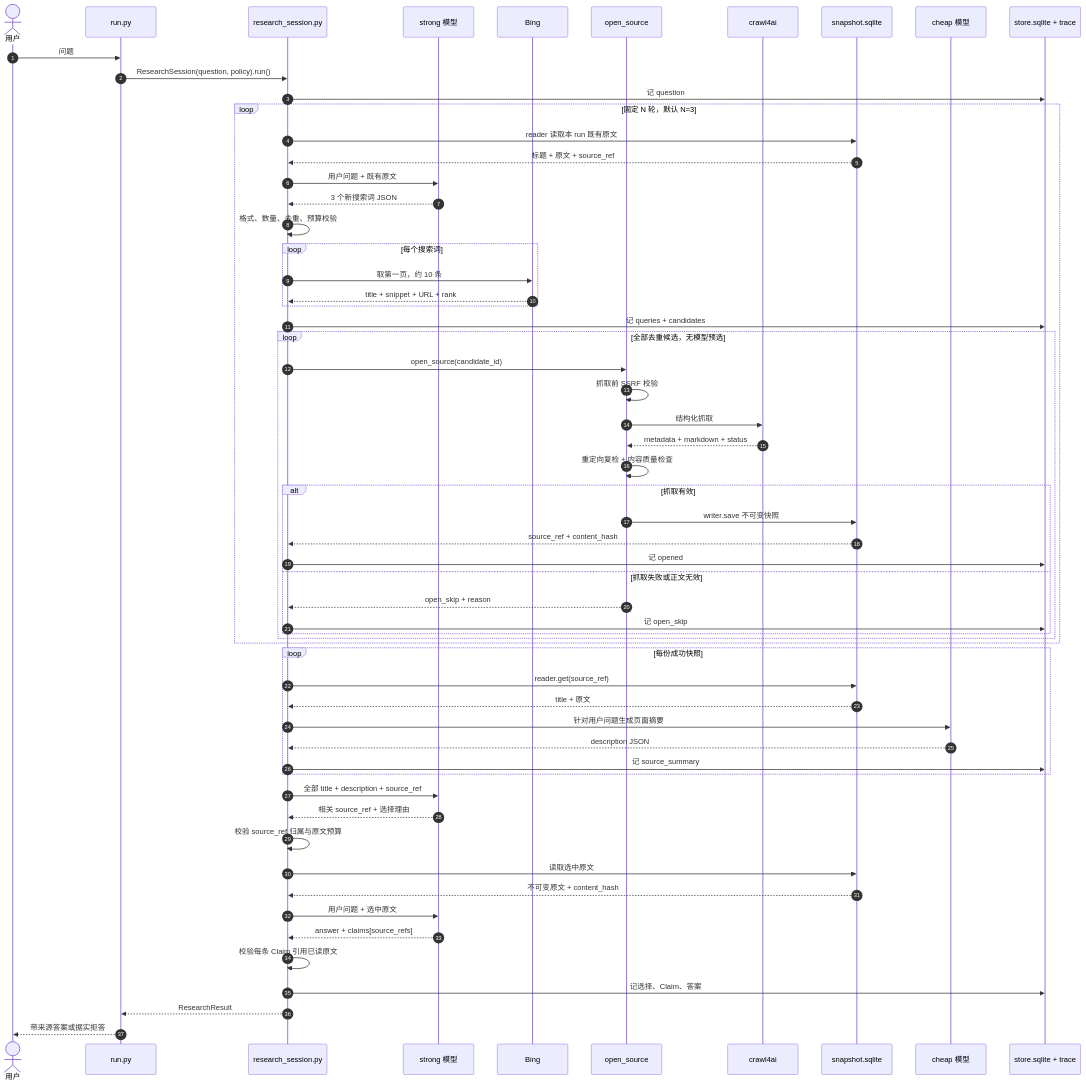
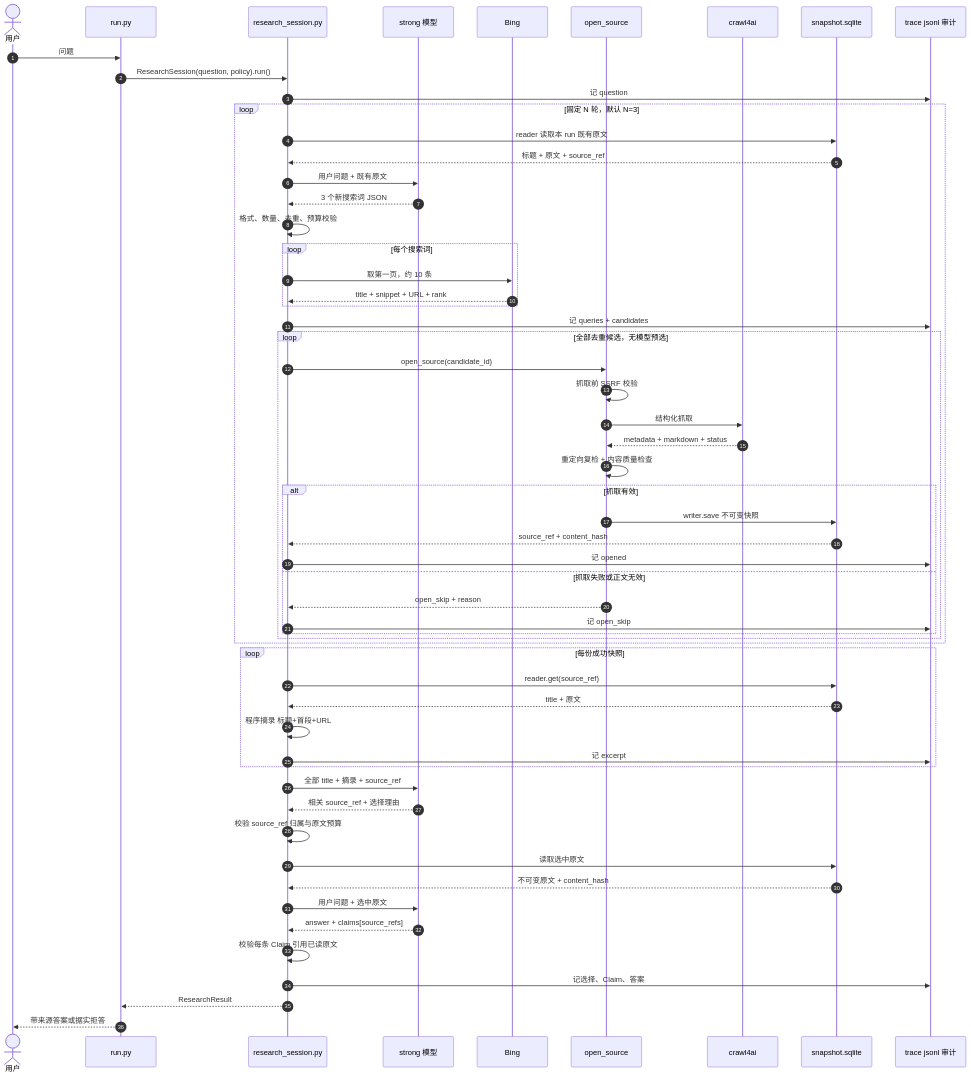
The fourth of 4 diagrams in docs/web-search-architecture.md (SuperCatQR/traceable-research-runtime), drawn with Mermaid before and after one commit. The commit also changed other lines of this file, not shown here.

Commit message:
docs(web-search): 简化数据流 - 审计合一jsonl、去cheap改程序摘录、拆Explore/Synthesize双子图

````diff
--- a/docs/web-search-architecture.md
+++ b/docs/web-search-architecture.md
@@ -213,63 +224,61 @@
 ```mermaid
 sequenceDiagram
     autonumber
     actor U as 用户
     participant R as run.py
     participant X as research_session.py
     participant S as strong 模型
     participant B as Bing
     participant O as open_source
     participant C as crawl4ai
     participant P as snapshot.sqlite
-    participant W as cheap 模型
-    participant A as store.sqlite + trace
+    participant A as trace jsonl 审计
 
     U->>R: 问题
     R->>X: ResearchSession(question, policy).run()
     X->>A: 记 question
     loop 固定 N 轮，默认 N=3
         X->>P: reader 读取本 run 既有原文
         P-->>X: 标题 + 原文 + source_ref
         X->>S: 用户问题 + 既有原文
         S-->>X: 3 个新搜索词 JSON
         X->>X: 格式、数量、去重、预算校验
         loop 每个搜索词
             X->>B: 取第一页，约 10 条
             B-->>X: title + snippet + URL + rank
         end
         X->>A: 记 queries + candidates
         loop 全部去重候选，无模型预选
             X->>O: open_source(candidate_id)
             O->>O: 抓取前 SSRF 校验
             O->>C: 结构化抓取
             C-->>O: metadata + markdown + status
             O->>O: 重定向复检 + 内容质量检查
             alt 抓取有效
                 O->>P: writer.save 不可变快照
                 P-->>X: source_ref + content_hash
                 X->>A: 记 opened
             else 抓取失败或正文无效
                 O-->>X: open_skip + reason
                 X->>A: 记 open_skip
             end
         end
     end
     loop 每份成功快照
         X->>P: reader.get(source_ref)
         P-->>X: title + 原文
-        X->>W: 针对用户问题生成页面摘要
-        W-->>X: description JSON
-        X->>A: 记 source_summary
+        X->>X: 程序摘录 标题+首段+URL
+        X->>A: 记 excerpt
     end
-    X->>S: 全部 title + description + source_ref
+    X->>S: 全部 title + 摘录 + source_ref
     S-->>X: 相关 source_ref + 选择理由
     X->>X: 校验 source_ref 归属与原文预算
     X->>P: 读取选中原文
     P-->>X: 不可变原文 + content_hash
     X->>S: 用户问题 + 选中原文
     S-->>X: answer + claims[source_refs]
     X->>X: 校验每条 Claim 引用已读原文
     X->>A: 记选择、Claim、答案
     X-->>R: ResearchResult
     R-->>U: 带来源答案或据实拒答
 ```
````
